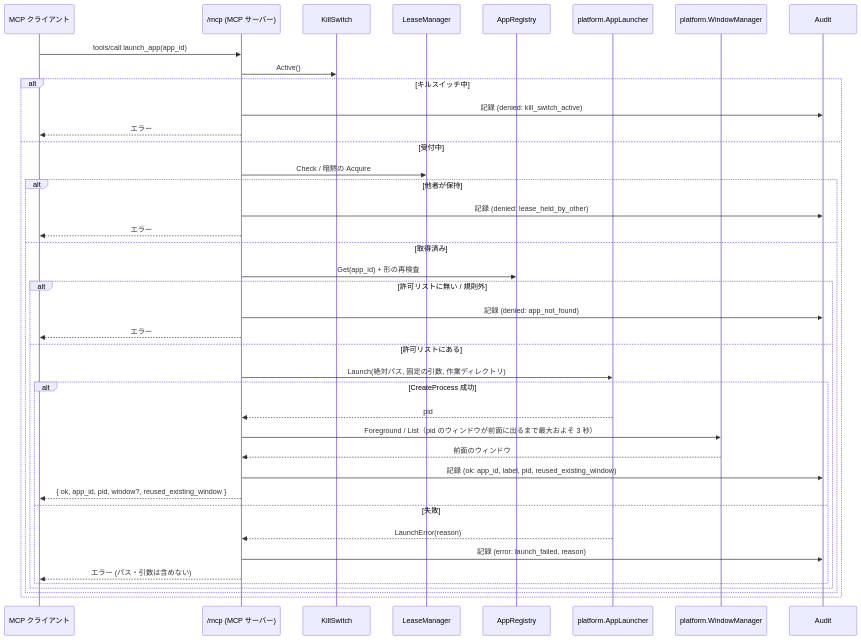
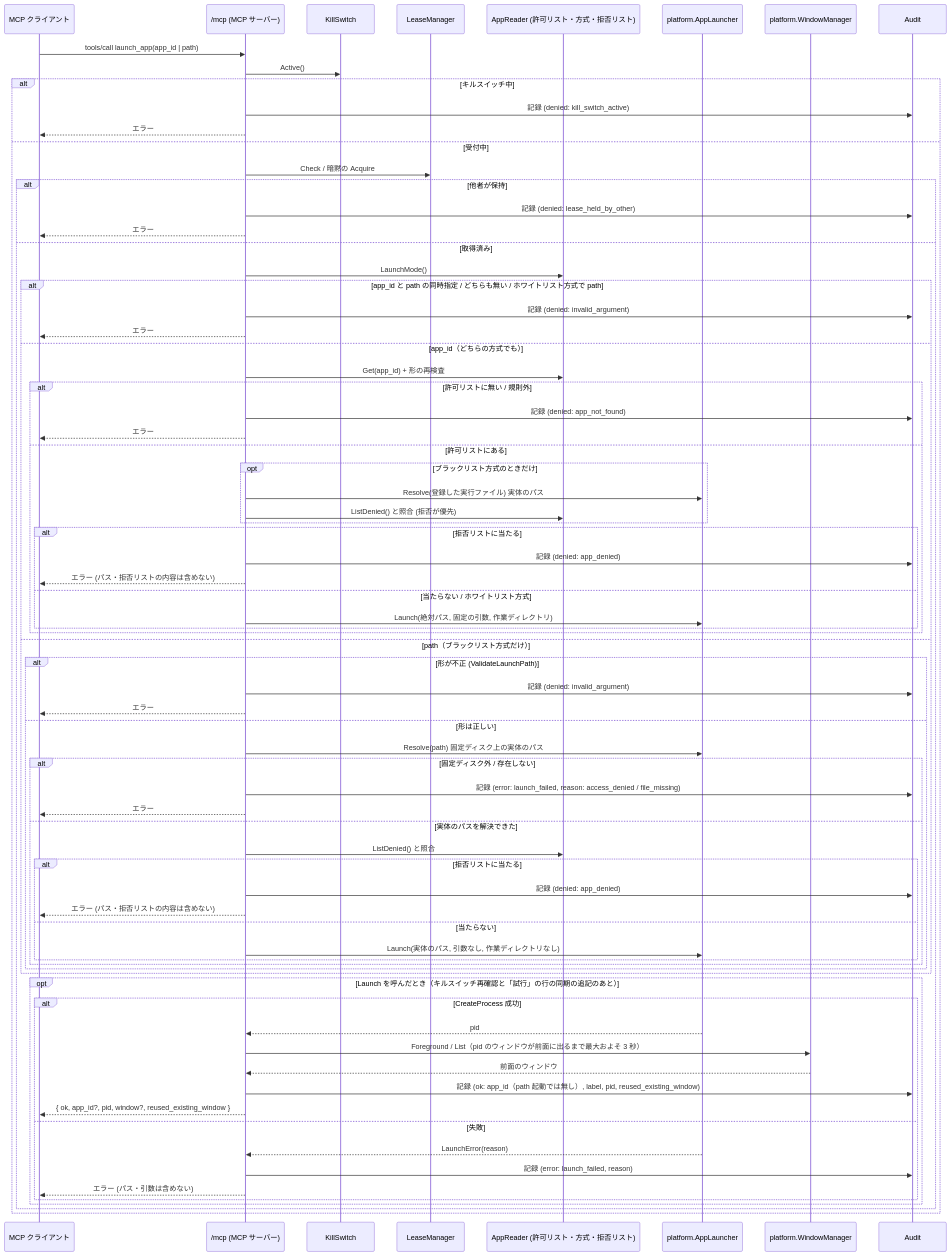
Before and after one commit to ousiassllc/puppet-remo: the fifth of 10 diagrams in docs/architecture/overview.md, drawn with Mermaid. The commit also changed other lines of this file and 66 other files, not shown here.

````diff
--- a/docs/architecture/overview.md
+++ b/docs/architecture/overview.md
@@ -264,42 +264,78 @@
 ```mermaid
 sequenceDiagram
     participant C as MCP クライアント
     participant M as /mcp (MCP サーバー)
     participant K as KillSwitch
     participant L as LeaseManager
-    participant R as AppRegistry
+    participant R as AppReader (許可リスト・方式・拒否リスト)
     participant P as platform.AppLauncher
     participant W as platform.WindowManager
     participant AU as Audit
-    C->>M: tools/call launch_app(app_id)
+    C->>M: tools/call launch_app(app_id | path)
     M->>K: Active()
     alt キルスイッチ中
         M->>AU: 記録 (denied: kill_switch_active)
         M-->>C: エラー
     else 受付中
         M->>L: Check / 暗黙の Acquire
         alt 他者が保持
             M->>AU: 記録 (denied: lease_held_by_other)
             M-->>C: エラー
         else 取得済み
-            M->>R: Get(app_id) + 形の再検査
-            alt 許可リストに無い / 規則外
-                M->>AU: 記録 (denied: app_not_found)
+            M->>R: LaunchMode()
+            alt app_id と path の同時指定 / どちらも無い / ホワイトリスト方式で path
+                M->>AU: 記録 (denied: invalid_argument)
                 M-->>C: エラー
-            else 許可リストにある
-                M->>P: Launch(絶対パス, 固定の引数, 作業ディレクトリ)
+            else app_id（どちらの方式でも）
+                M->>R: Get(app_id) + 形の再検査
+                alt 許可リストに無い / 規則外
+                    M->>AU: 記録 (denied: app_not_found)
+                    M-->>C: エラー
+                else 許可リストにある
+                    opt ブラックリスト方式のときだけ
+                        M->>P: Resolve(登録した実行ファイル) 実体のパス
+                        M->>R: ListDenied() と照合 (拒否が優先)
+                    end
+                    alt 拒否リストに当たる
+                        M->>AU: 記録 (denied: app_denied)
+                        M-->>C: エラー (パス・拒否リストの内容は含めない)
+                    else 当たらない / ホワイトリスト方式
+                        M->>P: Launch(絶対パス, 固定の引数, 作業ディレクトリ)
+                    end
+                end
+            else path（ブラックリスト方式だけ）
+                alt 形が不正 (ValidateLaunchPath)
+                    M->>AU: 記録 (denied: invalid_argument)
+                    M-->>C: エラー
+                else 形は正しい
+                    M->>P: Resolve(path) 固定ディスク上の実体のパス
+                    alt 固定ディスク外 / 存在しない
+                        M->>AU: 記録 (error: launch_failed, reason: access_denied / file_missing)
+                        M-->>C: エラー
+                    else 実体のパスを解決できた
+                        M->>R: ListDenied() と照合
+                        alt 拒否リストに当たる
+                            M->>AU: 記録 (denied: app_denied)
+                            M-->>C: エラー (パス・拒否リストの内容は含めない)
+                        else 当たらない
+                            M->>P: Launch(実体のパス, 引数なし, 作業ディレクトリなし)
+                        end
+                    end
+                end
+            end
+            opt Launch を呼んだとき（キルスイッチ再確認と「試行」の行の同期の追記のあと）
                 alt CreateProcess 成功
                     P-->>M: pid
                     M->>W: Foreground / List（pid のウィンドウが前面に出るまで最大およそ 3 秒）
                     W-->>M: 前面のウィンドウ
-                    M->>AU: 記録 (ok: app_id, label, pid, reused_existing_window)
-                    M-->>C: { ok, app_id, pid, window?, reused_existing_window }
+                    M->>AU: 記録 (ok: app_id（path 起動では無し）, label, pid, reused_existing_window)
+                    M-->>C: { ok, app_id?, pid, window?, reused_existing_window }
                 else 失敗
                     P-->>M: LaunchError(reason)
                     M->>AU: 記録 (error: launch_failed, reason)
                     M-->>C: エラー (パス・引数は含めない)
                 end
             end
         end
     end
 ```
````
